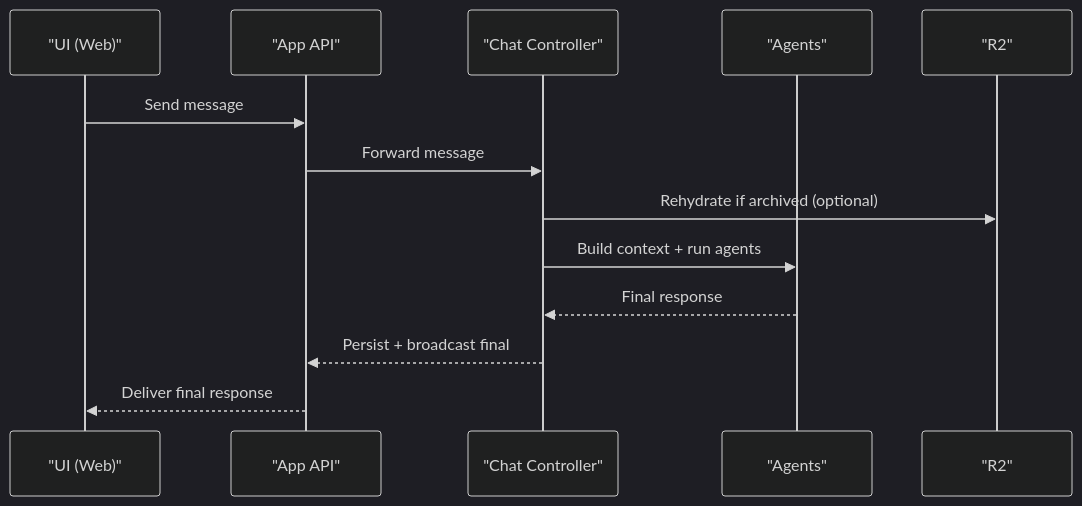
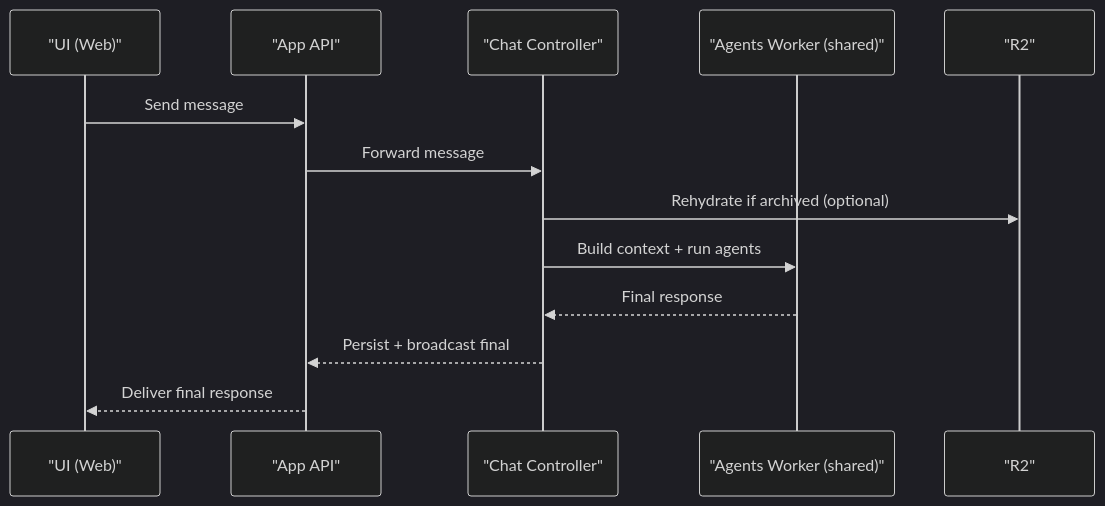
The first of 6 diagrams in docs/09-sequence-diagrams.md (Kavishkagaya/agentchat), drawn with Mermaid (dark theme) before and after one commit. The commit also changed other lines of this file and 76 other files, not shown here.

````diff
--- a/docs/09-sequence-diagrams.md
+++ b/docs/09-sequence-diagrams.md
@@ -5,16 +5,16 @@
 ```mermaid
 sequenceDiagram
     participant UI as "UI (Web)"
     participant APP as "App API"
     participant CC as "Chat Controller"
-    participant AG as "Agents"
+    participant AG as "Agents Worker (shared)"
     participant R2 as "R2"
 
     UI->>APP: Send message
     APP->>CC: Forward message
     CC->>R2: Rehydrate if archived (optional)
     CC->>AG: Build context + run agents
     AG-->>CC: Final response
     CC-->>APP: Persist + broadcast final
     APP-->>UI: Deliver final response
 ```
````
